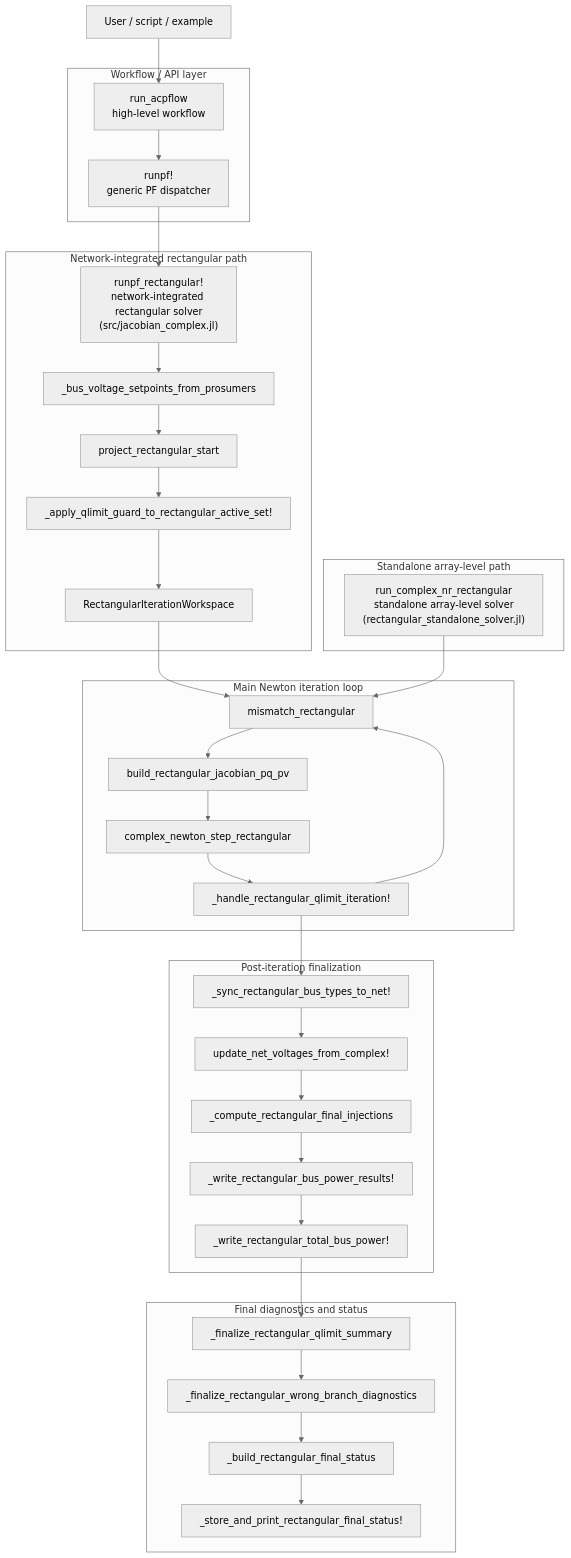
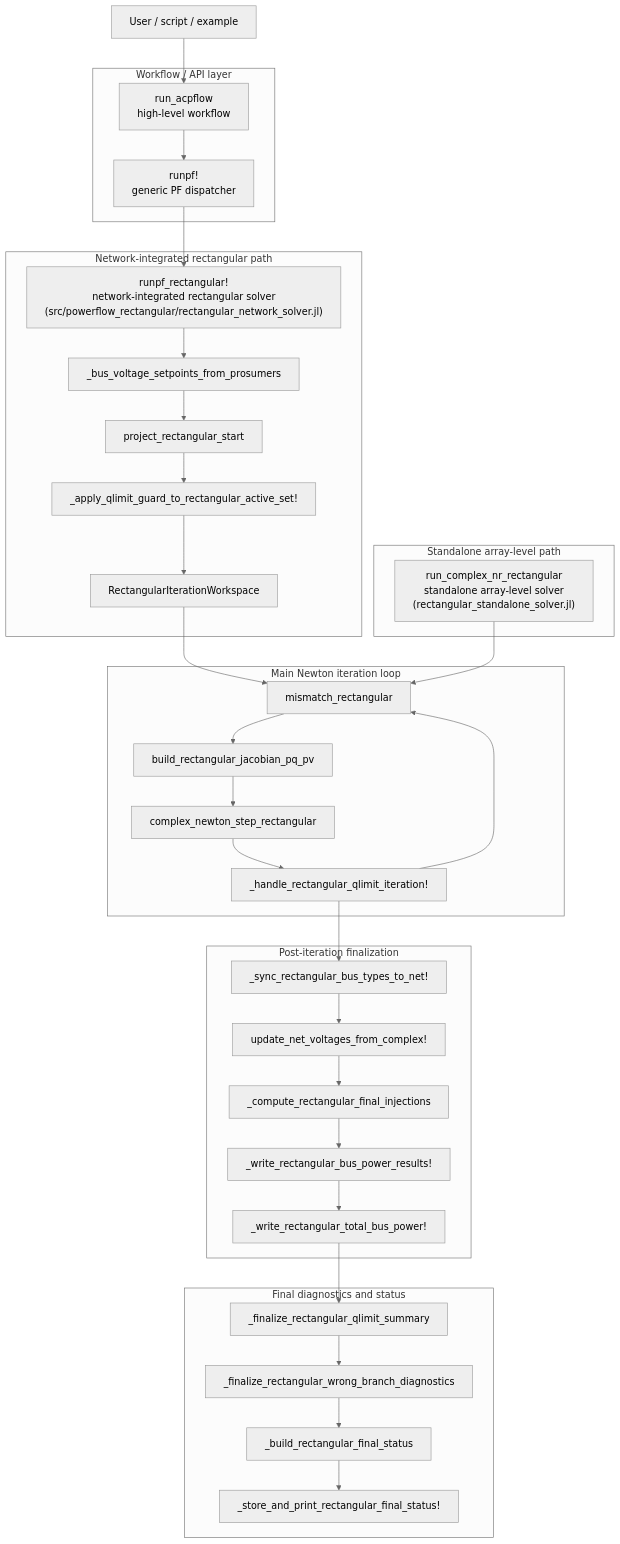
Before and after one commit to Welthulk/Sparlectra.jl: the diagram in src/powerflow_rectangular/README.md, drawn with Mermaid (neutral theme). The commit also changed other lines of this file and 8 other files, not shown here.

````diff
--- a/src/powerflow_rectangular/README.md
+++ b/src/powerflow_rectangular/README.md
@@ -89,46 +89,46 @@
 ```mermaid
 flowchart TD
     A["User / script / example"] --> B["run_acpflow\nhigh-level workflow"]
     B --> C["runpf!\ngeneric PF dispatcher"]
-    C --> D["runpf_rectangular!\nnetwork-integrated rectangular solver\n(src/jacobian_complex.jl)"]
+    C --> D["runpf_rectangular!\nnetwork-integrated rectangular solver\n(src/powerflow_rectangular/rectangular_network_solver.jl)"]
 
     subgraph Workflow["Workflow / API layer"]
         B
         C
     end
 
     subgraph NetworkSolver["Network-integrated rectangular path"]
         D --> E1["_bus_voltage_setpoints_from_prosumers"]
         E1 --> E2["project_rectangular_start"]
         E2 --> E3["_apply_qlimit_guard_to_rectangular_active_set!"]
         E3 --> E4["RectangularIterationWorkspace"]
     end
 
     subgraph Loop["Main Newton iteration loop"]
         E4 --> F1["mismatch_rectangular"]
         F1 --> F2["build_rectangular_jacobian_pq_pv"]
         F2 --> F3["complex_newton_step_rectangular"]
         F3 --> F4["_handle_rectangular_qlimit_iteration!"]
         F4 --> F1
     end
 
     subgraph Finalization["Post-iteration finalization"]
         F4 --> G1["_sync_rectangular_bus_types_to_net!"]
         G1 --> G2["update_net_voltages_from_complex!"]
         G2 --> G3["_compute_rectangular_final_injections"]
         G3 --> G4["_write_rectangular_bus_power_results!"]
         G4 --> G5["_write_rectangular_total_bus_power!"]
     end
 
     subgraph FinalStatus["Final diagnostics and status"]
         G5 --> H1["_finalize_rectangular_qlimit_summary"]
         H1 --> H2["_finalize_rectangular_wrong_branch_diagnostics"]
         H2 --> H3["_build_rectangular_final_status"]
         H3 --> H4["_store_and_print_rectangular_final_status!"]
     end
 
     subgraph Standalone["Standalone array-level path"]
         S1["run_complex_nr_rectangular\nstandalone array-level solver\n(rectangular_standalone_solver.jl)"]
         S1 --> F1
     end
 ```
````
